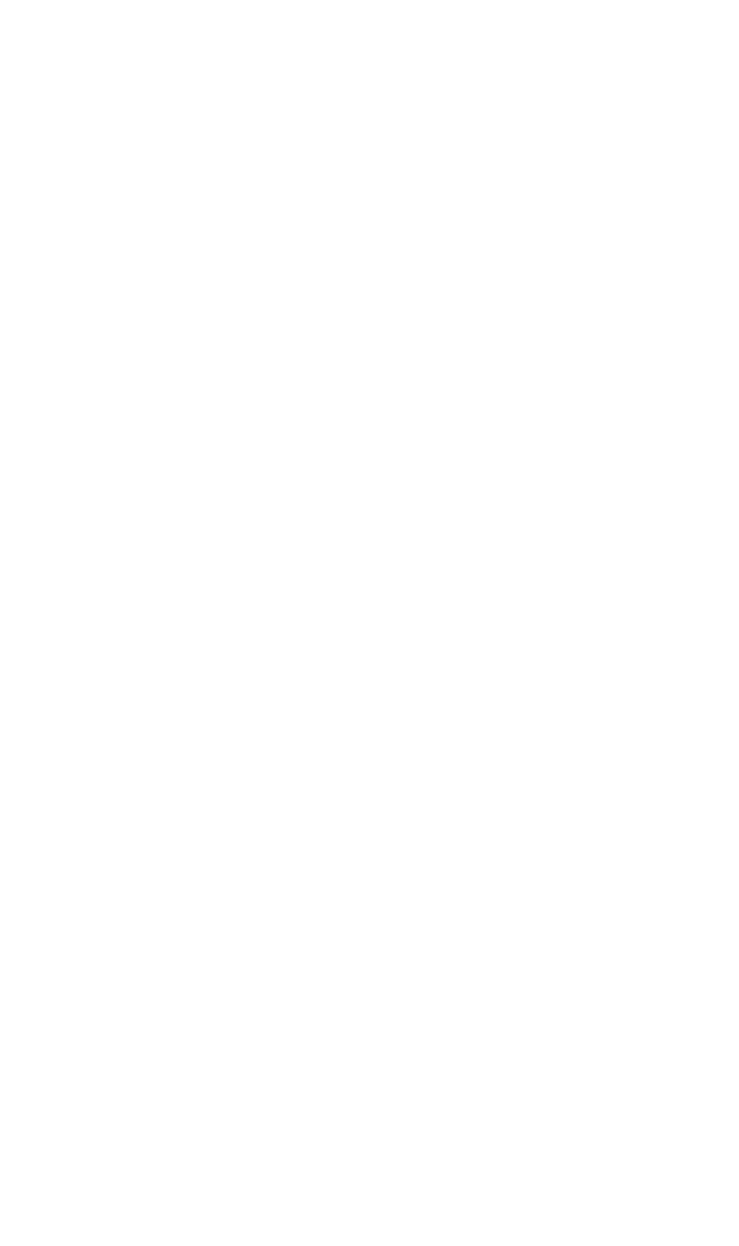
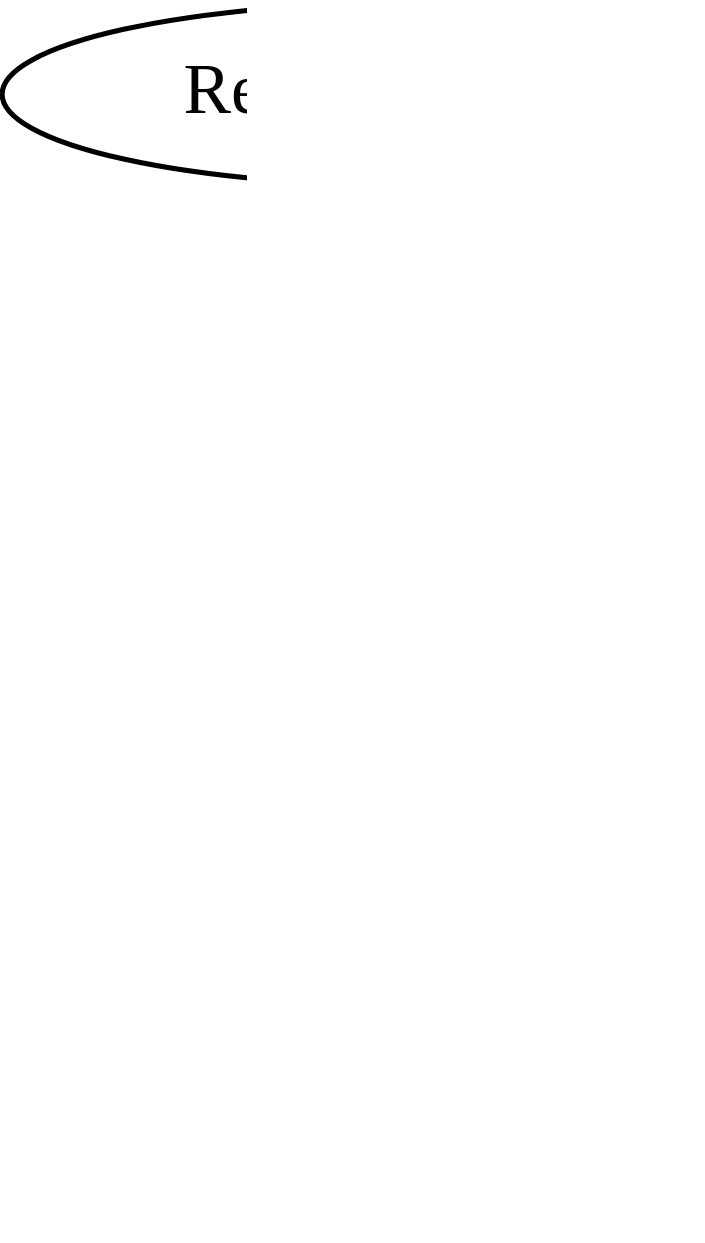
The first of 2 diagrams in content/post/2026/02/21/lisp-3.org (wmedrano/wmedrano.dev), drawn with Graphviz before and after one commit. The commit also changed other lines of this file and 12 other files, not shown here.

```diff
--- a/content/post/2026/02/21/lisp-3.org
+++ b/content/post/2026/02/21/lisp-3.org
@@ -94,10 +94,9 @@
 #+BEGIN_SRC dot :file env.png :exports results
 digraph {
   graph [ dpi = 300 ];
   bgcolor=transparent;
-  node[shape=record, fontname=Inter, color=white, fontcolor=white];
-  edge[color=white];
+  node[shape=record, fontname=Sen];
   RequestVariable -> LocalEnvironment1 -> LocalEnvironment2 -> GlobalEnvironment;
   RequestVariable[shape=oval];
 }
 #+END_SRC
```
